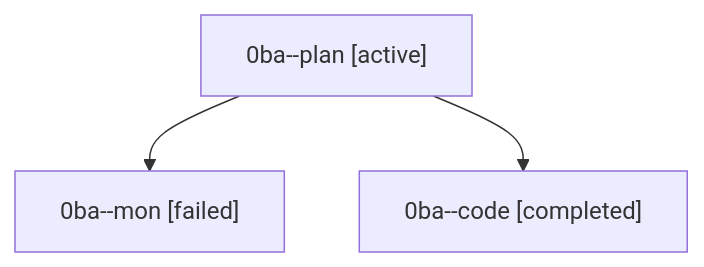
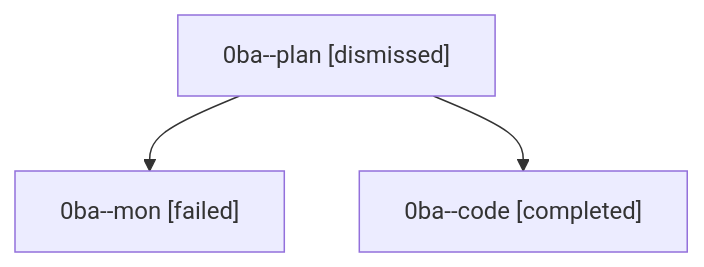
One commit to sase-org/sase--agents changed the diagram in sessions/bbugyi200.athena.0ba.md. Above: the diagram before and after it, drawn with Mermaid. The commit also changed other lines of this file and 25 other files, not shown here.

````diff
--- a/sessions/bbugyi200.athena.0ba.md
+++ b/sessions/bbugyi200.athena.0ba.md
@@ -9,8 +9,8 @@
 ```mermaid
 flowchart TD
-  n0["0ba--plan [active]"]
+  n0["0ba--plan [dismissed]"]
   n1["0ba--mon [failed]"]
   n0 --> n1
   n2["0ba--code [completed]"]
   n0 --> n2
 ```
````
